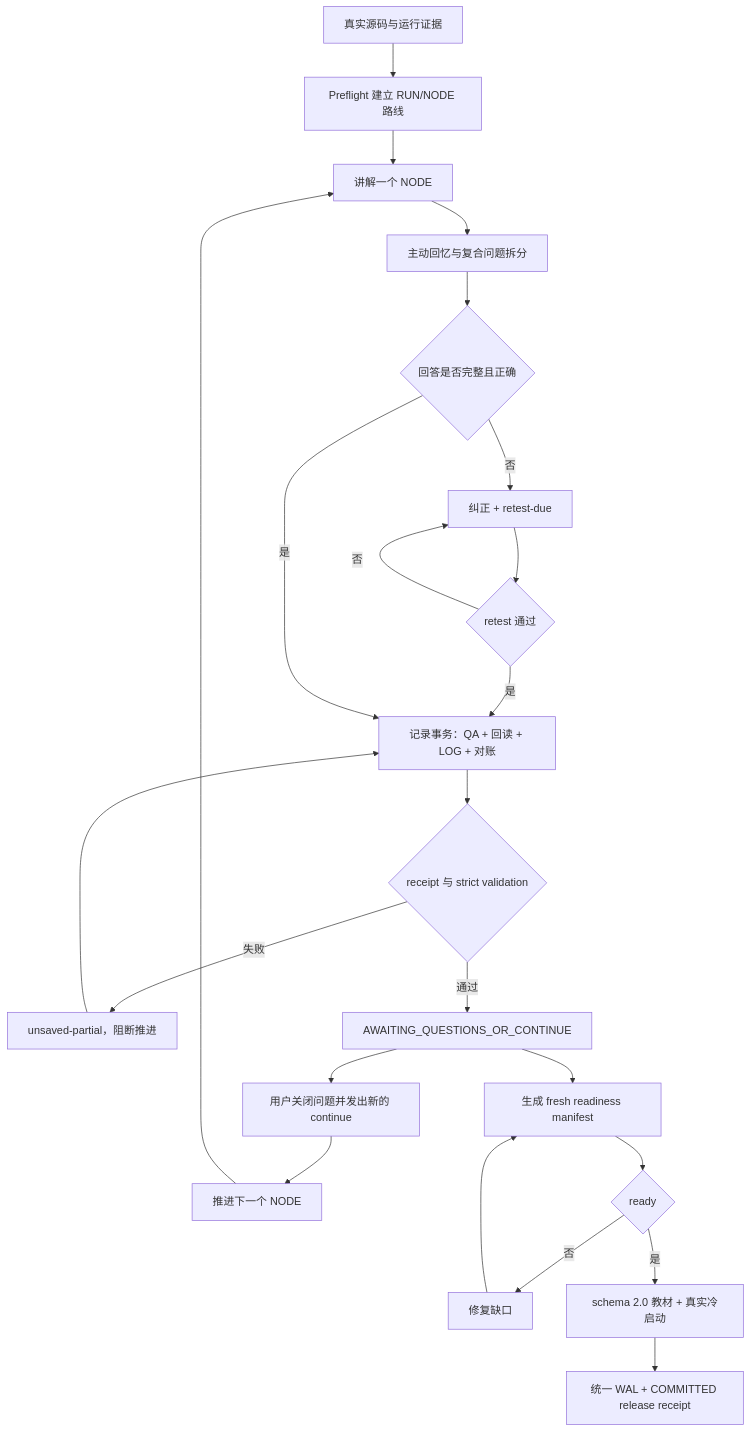
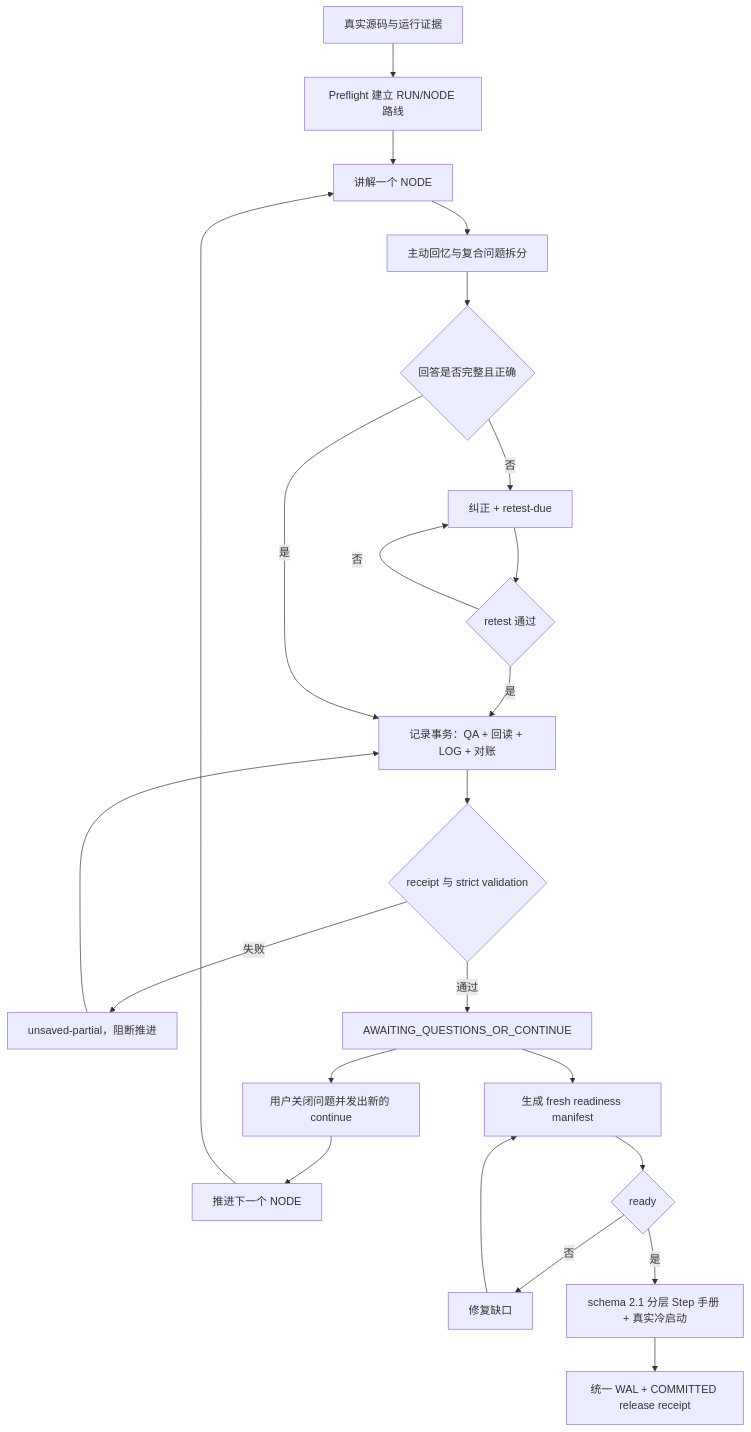
Before and after one commit to 1bkunnn-cyber/project-code-study: the diagram in README.md, drawn with Mermaid. The commit also changed other lines of this file and 16 other files, not shown here.

Commit message:
feat(document): add compact step manual schema 2.1

````diff
--- a/README.md
+++ b/README.md
@@ -28,25 +28,25 @@
 ```mermaid
 flowchart TD
     A[真实源码与运行证据] --> B[Preflight 建立 RUN/NODE 路线]
     B --> C[讲解一个 NODE]
     C --> D[主动回忆与复合问题拆分]
     D --> E{回答是否完整且正确}
     E -- 否 --> F[纠正 + retest-due]
     F --> G{retest 通过}
     G -- 否 --> F
     G -- 是 --> H[记录事务：QA + 回读 + LOG + 对账]
     E -- 是 --> H
     H --> I{receipt 与 strict validation}
     I -- 失败 --> J[unsaved-partial，阻断推进]
     J --> H
     I -- 通过 --> K[AWAITING_QUESTIONS_OR_CONTINUE]
     K --> L[用户关闭问题并发出新的 continue]
     L --> M[推进下一个 NODE]
     M --> C
     K --> N[生成 fresh readiness manifest]
     N --> O{ready}
     O -- 否 --> P[修复缺口]
     P --> N
-    O -- 是 --> Q[schema 2.0 教材 + 真实冷启动]
+    O -- 是 --> Q[schema 2.1 分层 Step 手册 + 真实冷启动]
     Q --> R[统一 WAL + COMMITTED release receipt]
 ```
````
